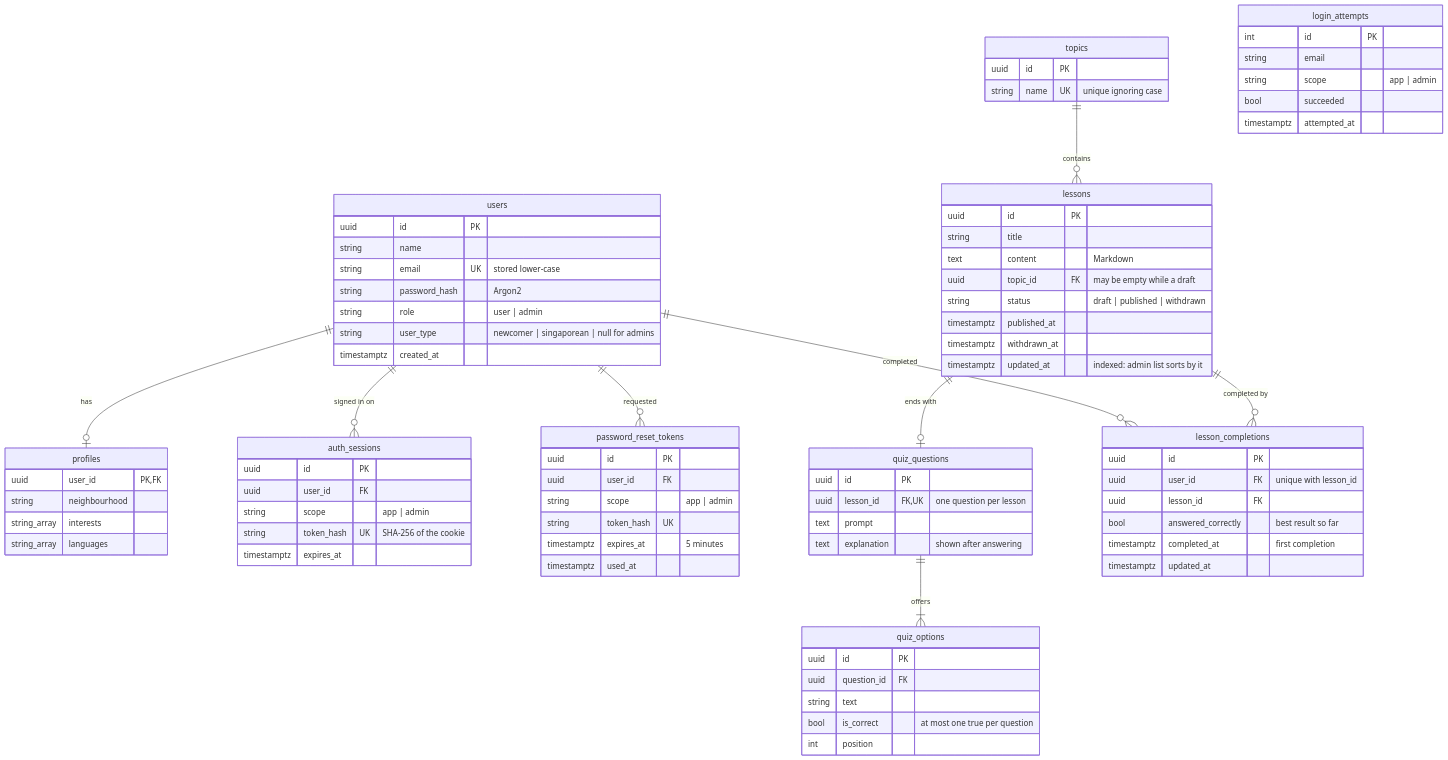
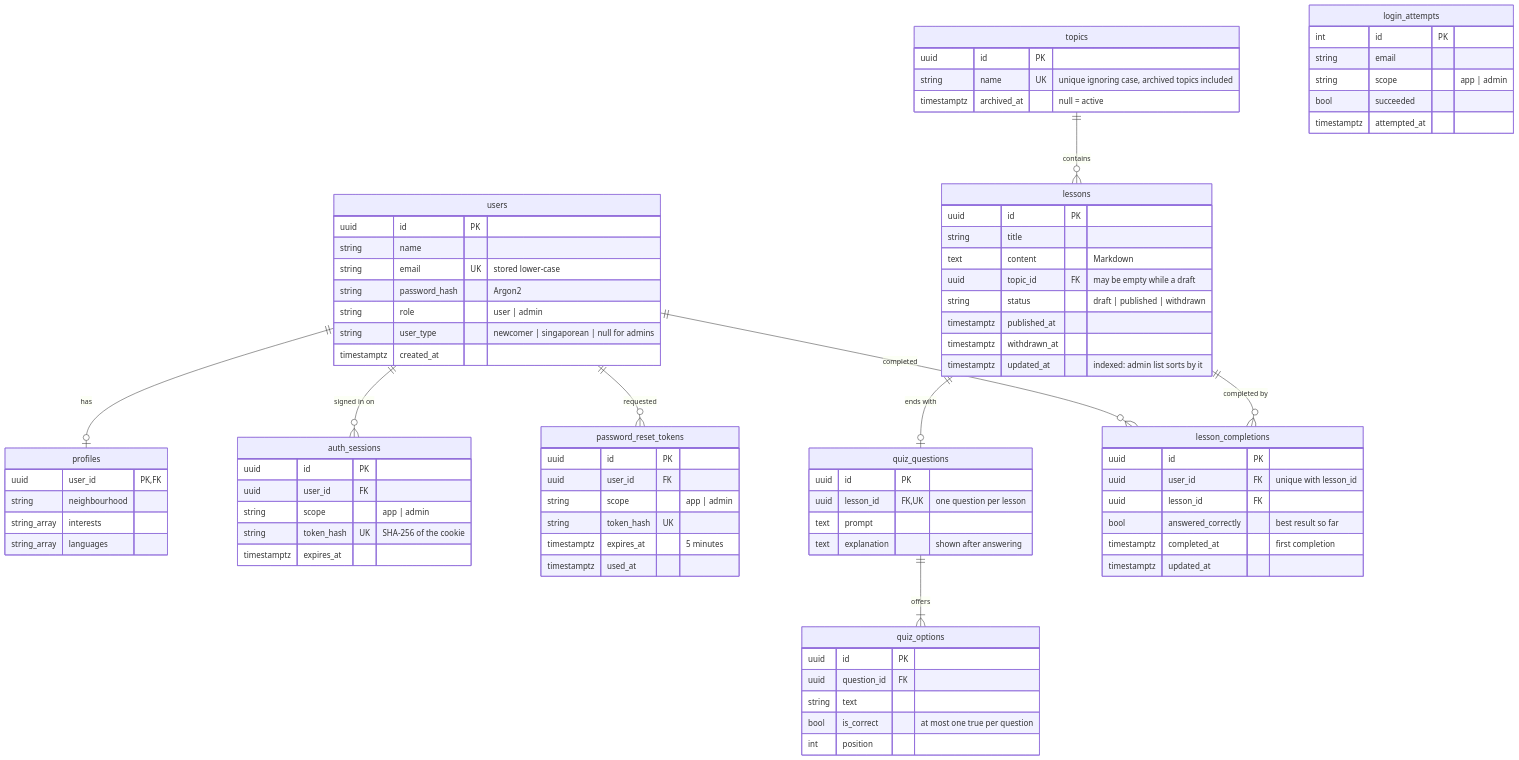
Before and after one commit to zaccymomo/sgjio: the diagram in docs/data-model.md, drawn with Mermaid. The commit also changed other lines of this file and 3 other files, not shown here.

First line of the commit message:
SCRUM-57: add archived_at to topics

```diff
--- a/docs/data-model.md
+++ b/docs/data-model.md
@@ -30,7 +30,8 @@
     }
     topics {
         uuid id PK
-        string name UK "unique ignoring case"
+        string name UK "unique ignoring case, archived topics included"
+        timestamptz archived_at "null = active"
     }
     lessons {
         uuid id PK
```
